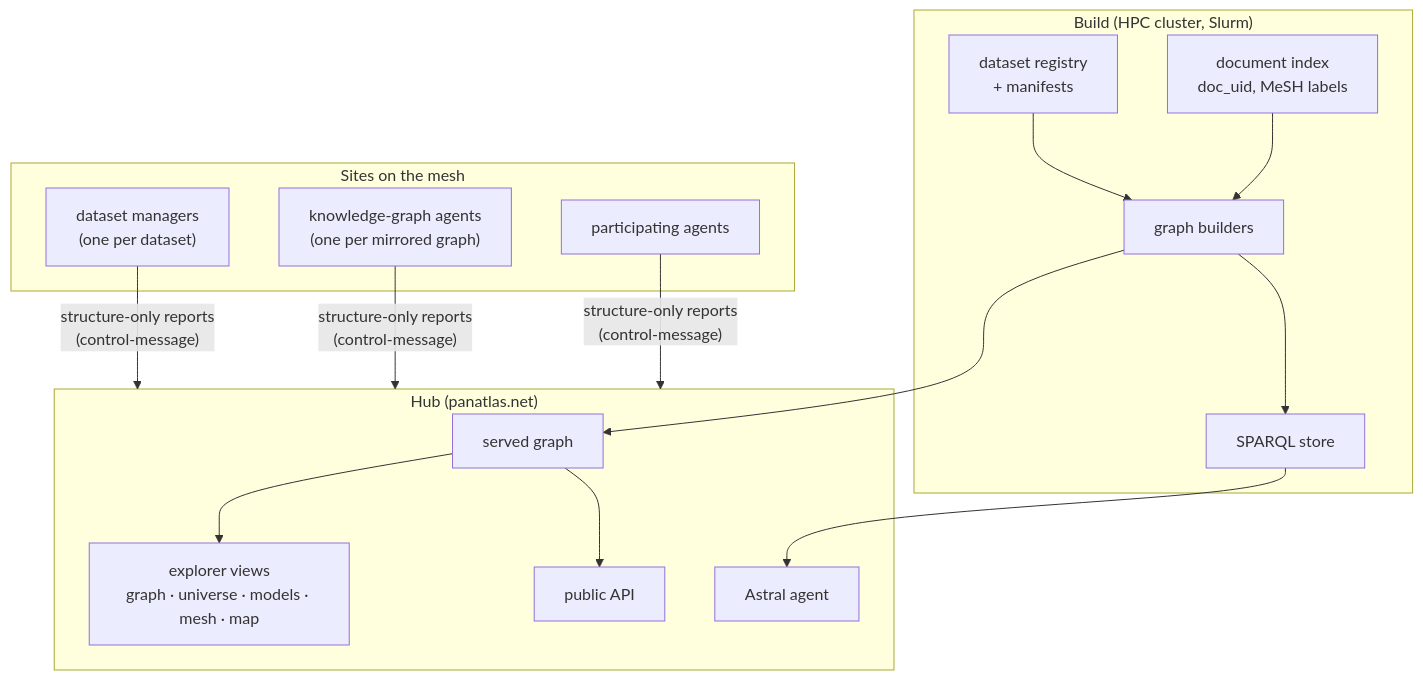
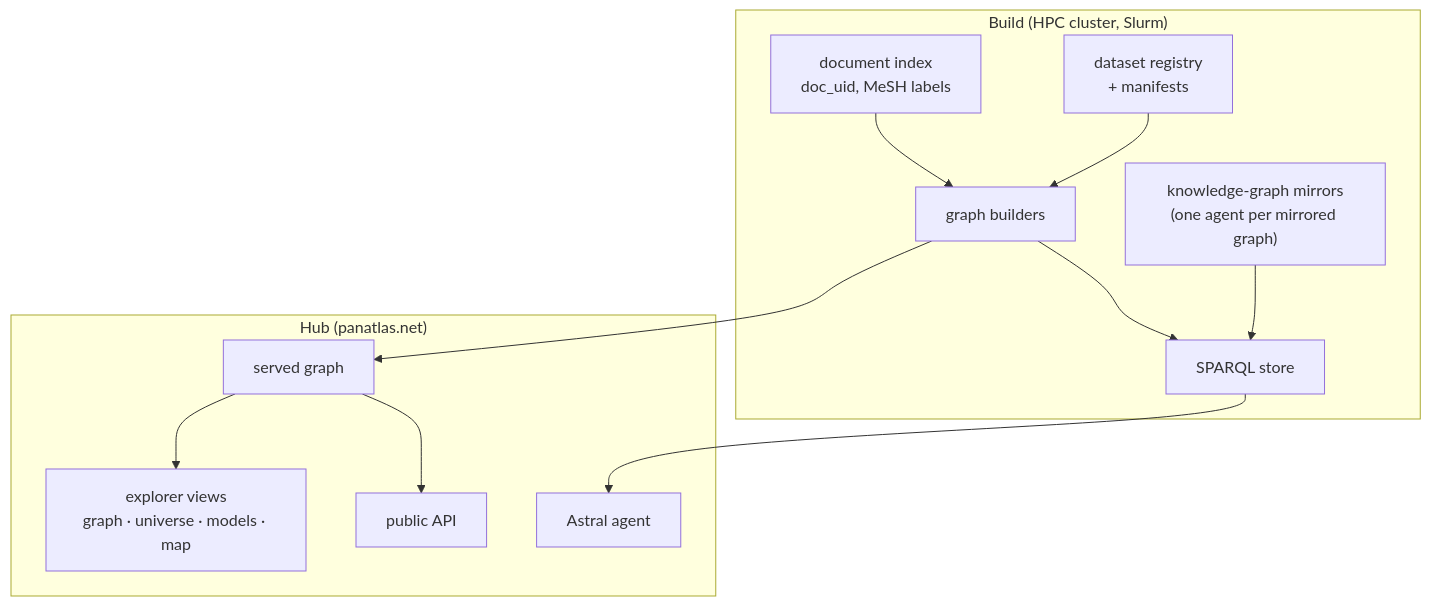
The diagram in docs/index.md (ThePanAtlas/docs), drawn with Mermaid before and after one commit. The commit also changed other lines of this file and 19 other files, not shown here.

````diff
--- a/docs/index.md
+++ b/docs/index.md
@@ -16,25 +14,21 @@
 ```mermaid
 flowchart TB
-  subgraph Sites["Sites on the mesh"]
-    DM["dataset managers<br/>(one per dataset)"]
-    KG["knowledge-graph agents<br/>(one per mirrored graph)"]
-    PA["participating agents"]
-  end
   subgraph Build["Build (HPC cluster, Slurm)"]
     REG["dataset registry<br/>+ manifests"]
     IDX["document index<br/>doc_uid, MeSH labels"]
+    KG["knowledge-graph mirrors<br/>(one agent per mirrored graph)"]
     GB["graph builders"]
     QS["SPARQL store"]
   end
   subgraph Hub["Hub (panatlas.net)"]
     G["served graph"]
-    UI["explorer views<br/>graph · universe · models · mesh · map"]
+    UI["explorer views<br/>graph · universe · models · map"]
     API["public API"]
     AS["Astral agent"]
   end
-  DM & KG & PA -- "structure-only reports<br/>(control-message)" --> Hub
   REG --> GB --> G --> UI
   IDX --> GB
+  KG --> QS
   GB --> QS --> AS
   G --> API
 ```
````
